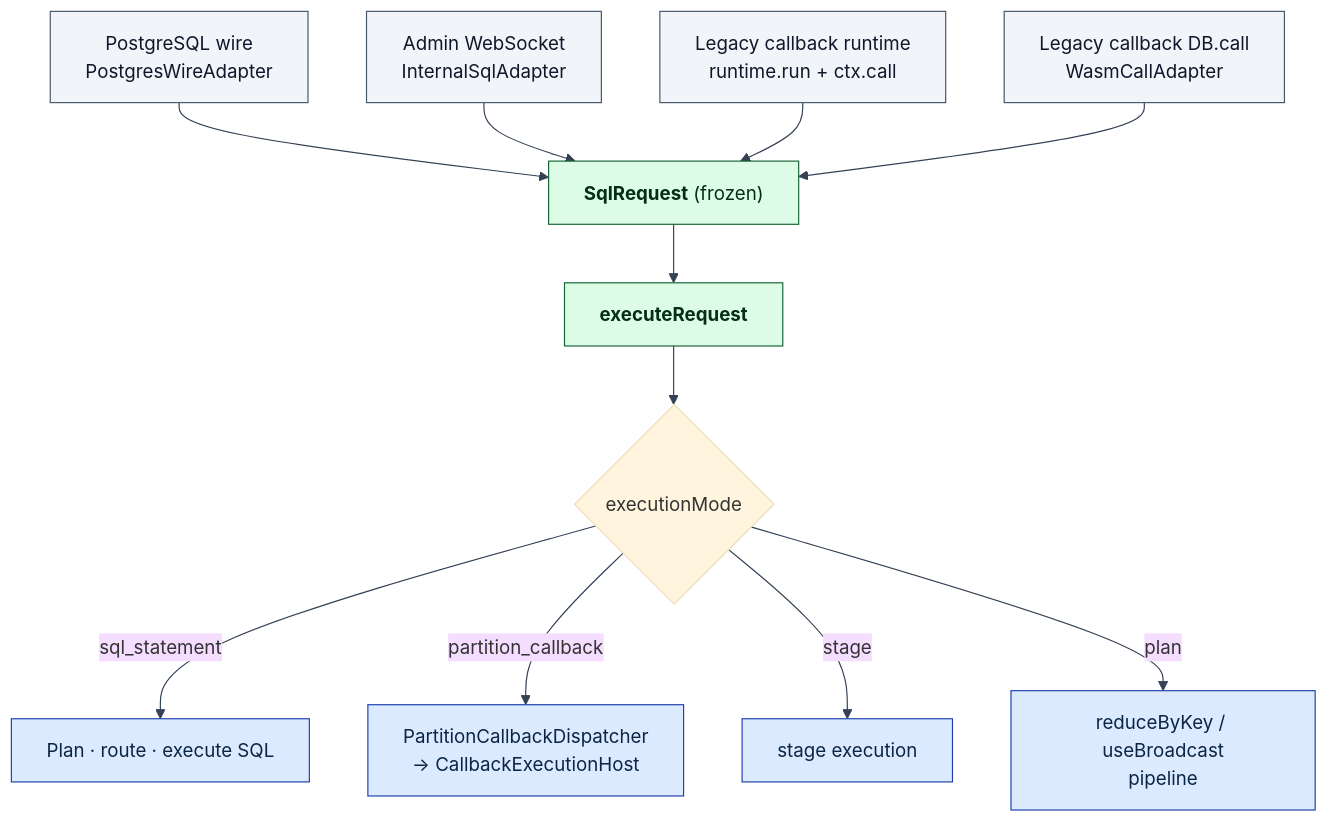
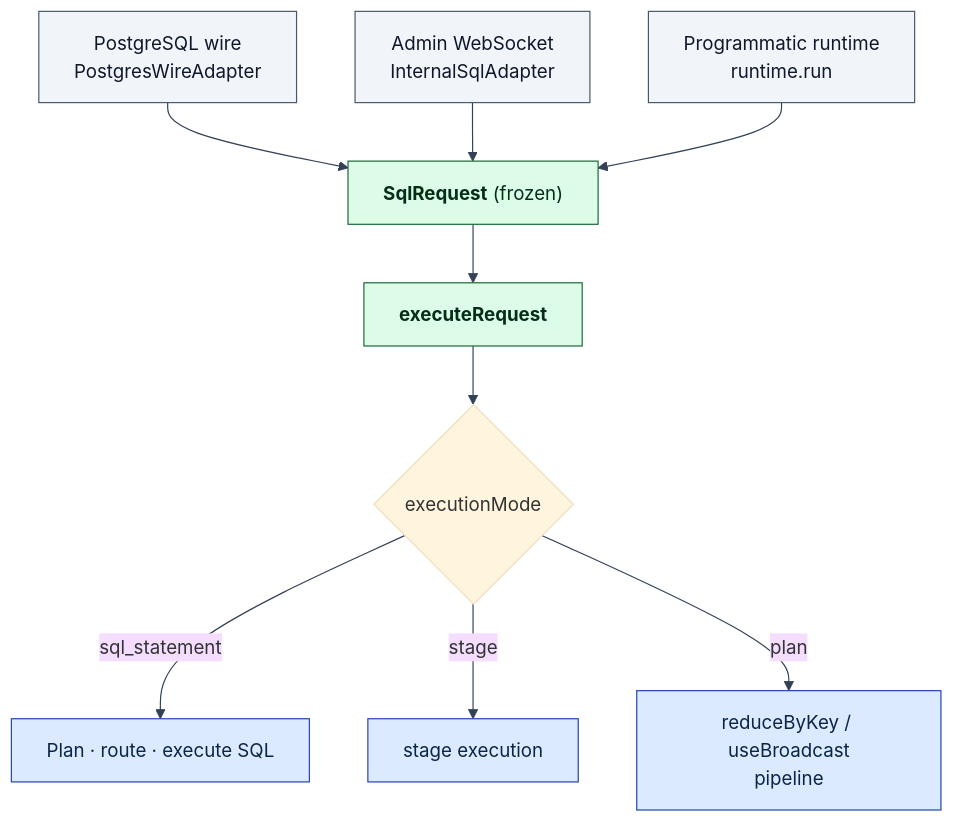
One commit to psvensson/lagrange changed the second of 5 diagrams in architecture/process-request-routing.md. Above: the diagram before and after it, drawn with Mermaid. The commit also changed other lines of this file and 60 other files, not shown here.

Commit message:
docs: align repository documentation, capability manifest, and roadmaps with 0.2.6

````diff
--- a/architecture/process-request-routing.md
+++ b/architecture/process-request-routing.md
@@ -69,18 +68,16 @@
 ```mermaid
 %%{init: {'theme':'base','themeVariables':{'background':'#ffffff','lineColor':'#334155','textColor':'#0f172a'}}}%%
 flowchart TD
   PG["PostgreSQL wire<br/>PostgresWireAdapter"]:::ext --> RQ
   AD["Admin WebSocket<br/>InternalSqlAdapter"]:::ext --> RQ
-  RT["Legacy callback runtime<br/>runtime.run + ctx.call"]:::ext --> RQ
-  WA["Legacy callback DB.call<br/>WasmCallAdapter"]:::ext --> RQ
+  RT["Programmatic runtime<br/>runtime.run"]:::ext --> RQ
   RQ["<b>SqlRequest</b> (frozen)"]:::svc --> EX["<b>executeRequest</b>"]:::svc
   EX --> M{"executionMode"}
   M -->|"sql_statement"| SQ["Plan · route · execute SQL"]:::data
-  M -->|"partition_callback"| CB["PartitionCallbackDispatcher<br/>→ CallbackExecutionHost"]:::data
   M -->|"stage"| SG["stage execution"]:::data
   M -->|"plan"| PL["reduceByKey / useBroadcast<br/>pipeline"]:::data
 
   classDef data fill:#dbeafe,stroke:#1e40af,color:#0b2545
   classDef svc fill:#dcfce7,stroke:#166534,color:#052e16
   classDef ext fill:#f1f5f9,stroke:#475569,color:#0f172a
 ```
````
